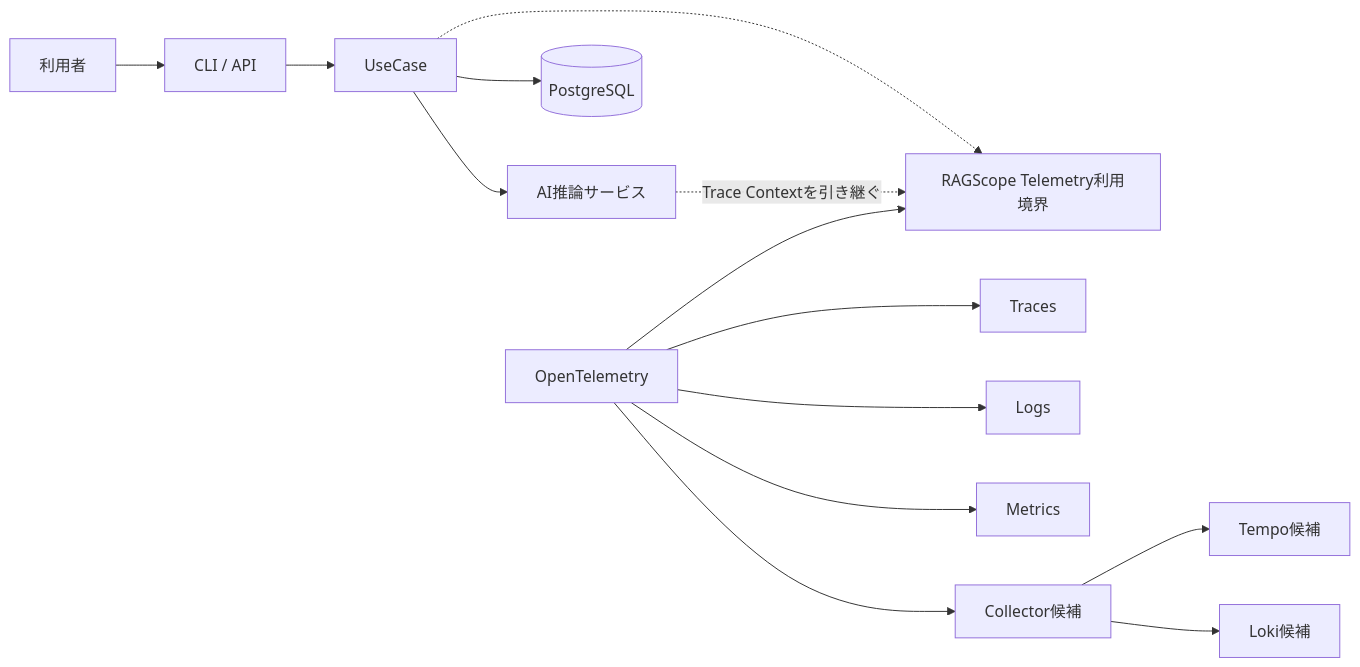
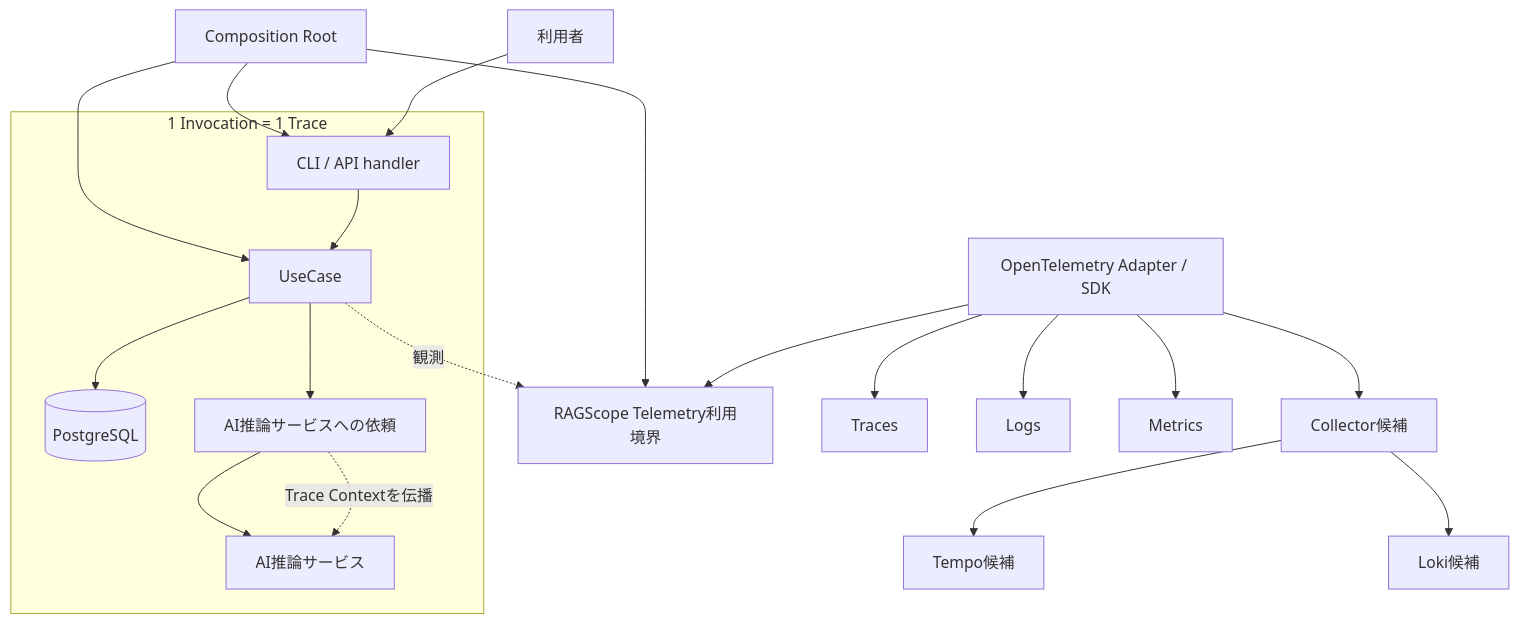
One commit to takashit16833/Workbench changed the sixth of 7 diagrams in Notes/RAGScope/RAGScopeアプリケーション/RS-0023 Observability設計メモ.md. Above: the diagram before and after it, drawn with Mermaid. The commit also changed other lines of this file, not shown here.

Commit message:
notes: summarize invocation and semantic conventions

````diff
--- a/Notes/RAGScope/RAGScopeアプリケーション/RS-0023 Observability設計メモ.md
+++ b/Notes/RAGScope/RAGScopeアプリケーション/RS-0023 Observability設計メモ.md
@@ -85,21 +166,27 @@
 ```mermaid
-flowchart LR
-    USER["利用者"] --> IF["CLI / API"]
-    IF --> UC["UseCase"]
+flowchart TB
+    CR["Composition Root"] --> H["CLI / API handler"]
+    CR --> UC["UseCase"]
+    CR --> TEL["RAGScope Telemetry利用境界"]
 
-    UC --> AI["AI推論サービス"]
-    UC --> DB[("PostgreSQL")]
+    USER["利用者"] --> H
 
-    UC -.-> TEL["RAGScope Telemetry利用境界"]
-    AI -. "Trace Contextを引き継ぐ" .-> TEL
+    subgraph INV["1 Invocation = 1 Trace"]
+        H --> UC
+        UC --> DB[("PostgreSQL")]
+        UC --> AIREQ["AI推論サービスへの依頼"]
+        AIREQ --> AI["AI推論サービス"]
+    end
 
-    OTEL["OpenTelemetry"] --> TEL
+    AIREQ -. "Trace Contextを伝播" .-> AI
 
+    UC -. "観測" .-> TEL
+    OTEL["OpenTelemetry Adapter / SDK"] --> TEL
     OTEL --> TR["Traces"]
     OTEL --> LG["Logs"]
     OTEL --> MT["Metrics"]
 
     OTEL --> COL["Collector候補"]
     COL --> TEMPO["Tempo候補"]
     COL --> LOKI["Loki候補"]
 ```
````
